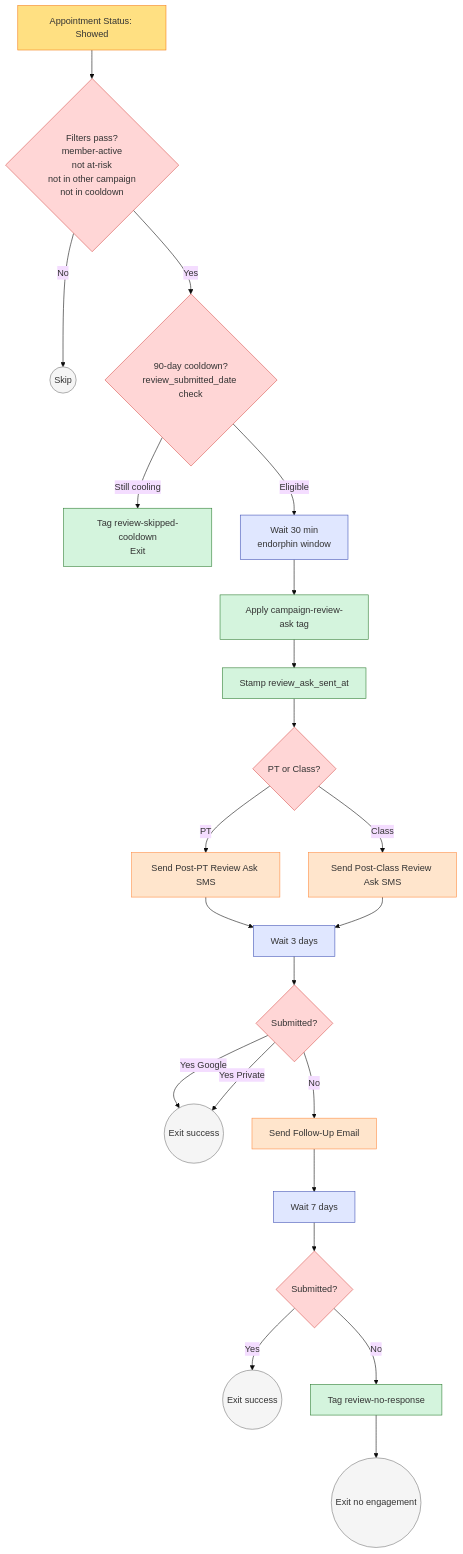
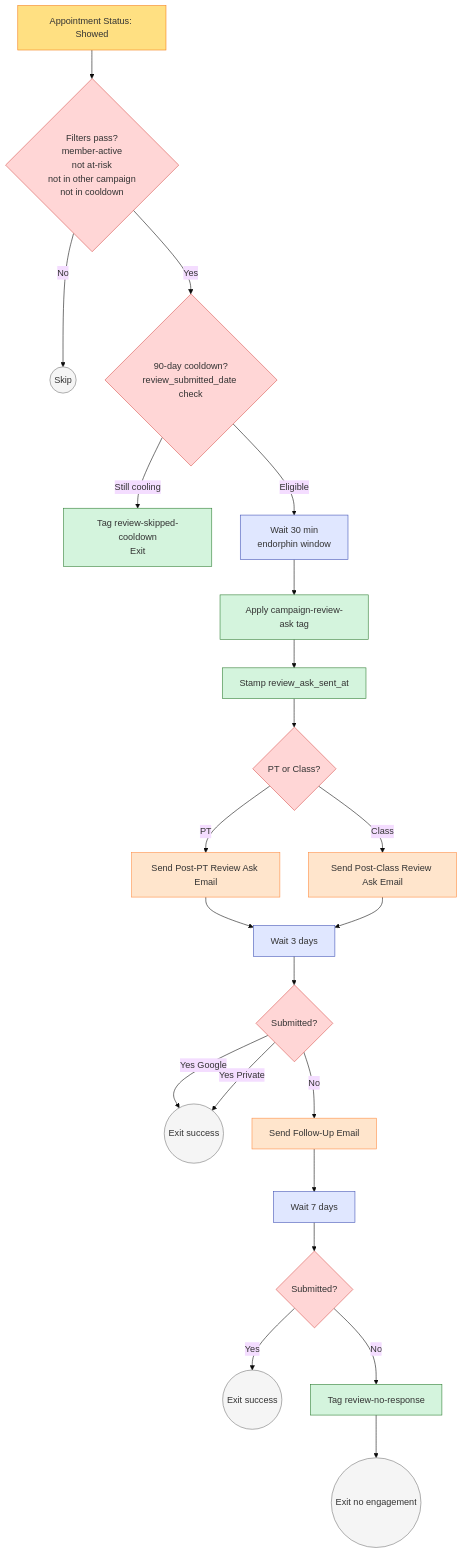
The first of 3 diagrams in client-demo/sunrise-wellness-studio/problems/07-reviews-and-reputation/assets/workflow.md (safeer-maker/GoHighLevel), drawn with Mermaid (base theme) before and after one commit. The commit also changed other lines of this file and 50 other files, not shown here.

````diff
--- a/client-demo/sunrise-wellness-studio/problems/07-reviews-and-reputation/assets/workflow.md
+++ b/client-demo/sunrise-wellness-studio/problems/07-reviews-and-reputation/assets/workflow.md
@@ -132,38 +132,38 @@
 ```mermaid
 graph TD
     T[Appointment Status: Showed] --> F1{Filters pass?<br/>member-active<br/>not at-risk<br/>not in other campaign<br/>not in cooldown}
     F1 -->|No| Skip((Skip))
     F1 -->|Yes| Cool{90-day cooldown?<br/>review_submitted_date check}
     Cool -->|Still cooling| SkipCool[Tag review-skipped-cooldown<br/>Exit]
     Cool -->|Eligible| Wait30[Wait 30 min<br/>endorphin window]
     Wait30 --> TagLock[Apply campaign-review-ask tag]
     TagLock --> Stamp[Stamp review_ask_sent_at]
     Stamp --> AptType{PT or Class?}
-    AptType -->|PT| SmsB[Send Post-PT Review Ask SMS]
-    AptType -->|Class| SmsA[Send Post-Class Review Ask SMS]
+    AptType -->|PT| SmsB[Send Post-PT Review Ask Email]
+    AptType -->|Class| SmsA[Send Post-Class Review Ask Email]
     SmsB --> Wait3d[Wait 3 days]
     SmsA --> Wait3d
     Wait3d --> Check1{Submitted?}
     Check1 -->|Yes Google| Exit1((Exit success))
     Check1 -->|Yes Private| Exit1
     Check1 -->|No| Email[Send Follow-Up Email]
     Email --> Wait7d[Wait 7 days]
     Wait7d --> Check2{Submitted?}
     Check2 -->|Yes| Exit2((Exit success))
     Check2 -->|No| TagNoResp[Tag review-no-response]
     TagNoResp --> Exit3((Exit no engagement))
 
     classDef trigger fill:#FFE082,stroke:#F57F17
     classDef filter fill:#FFD6D6,stroke:#D9534F
     classDef wait fill:#E0E7FF,stroke:#3F51B5
     classDef msg fill:#FFE5CC,stroke:#FF8C42
     classDef tag fill:#D4F4DD,stroke:#2E7D32
     classDef exit fill:#F5F5F5,stroke:#757575
 
     class T trigger
     class F1,Cool,AptType,Check1,Check2 filter
     class Wait30,Wait3d,Wait7d wait
     class SmsA,SmsB,Email msg
     class TagLock,Stamp,TagNoResp,SkipCool tag
     class Skip,Exit1,Exit2,Exit3 exit
 ```
````
